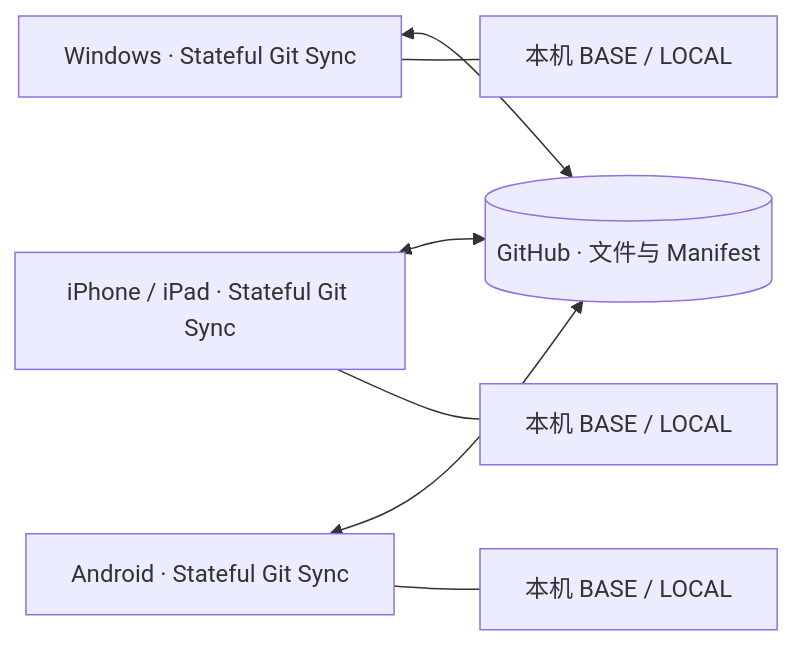
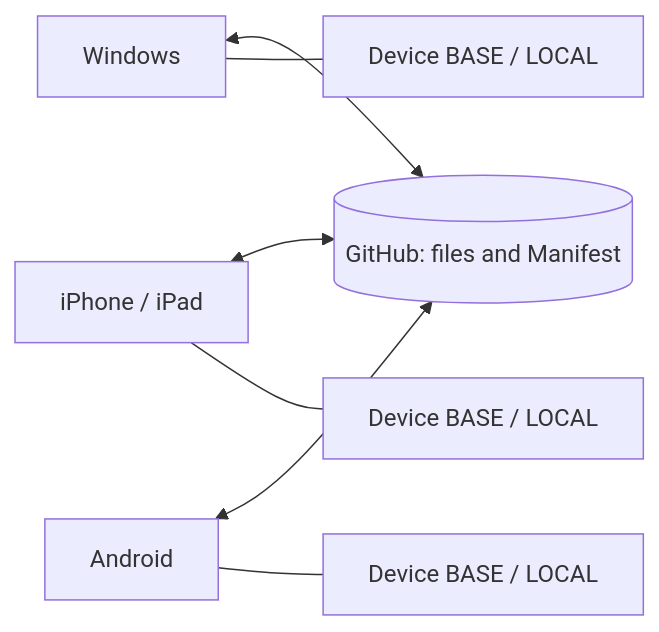
The diagram in README.md (ZainHuang/stateful-git-sync), drawn with Mermaid before and after one commit. The commit also changed other lines of this file and 7 other files, not shown here.

Commit message:
Present Stateful Git Sync with English-first stateful sync documentation

````diff
--- a/README.md
+++ b/README.md
@@ -55,9 +35,9 @@
 ```mermaid
 flowchart LR
-    W[Windows · Stateful Git Sync] <--> G[(GitHub · 文件与 Manifest)]
-    I[iPhone / iPad · Stateful Git Sync] <--> G
-    A[Android · Stateful Git Sync] <--> G
-    W --- B1[本机 BASE / LOCAL]
-    I --- B2[本机 BASE / LOCAL]
-    A --- B3[本机 BASE / LOCAL]
+    W[Windows] <--> G[(GitHub: files and Manifest)]
+    I[iPhone / iPad] <--> G
+    A[Android] <--> G
+    W --- B1[Device BASE / LOCAL]
+    I --- B2[Device BASE / LOCAL]
+    A --- B3[Device BASE / LOCAL]
 ```
````
